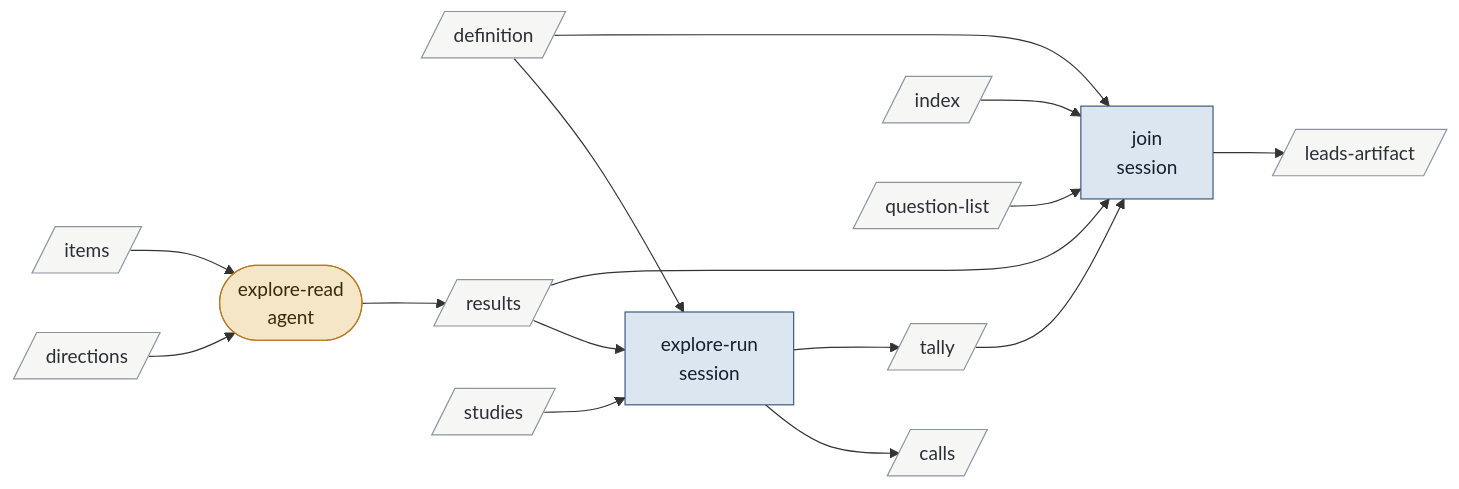
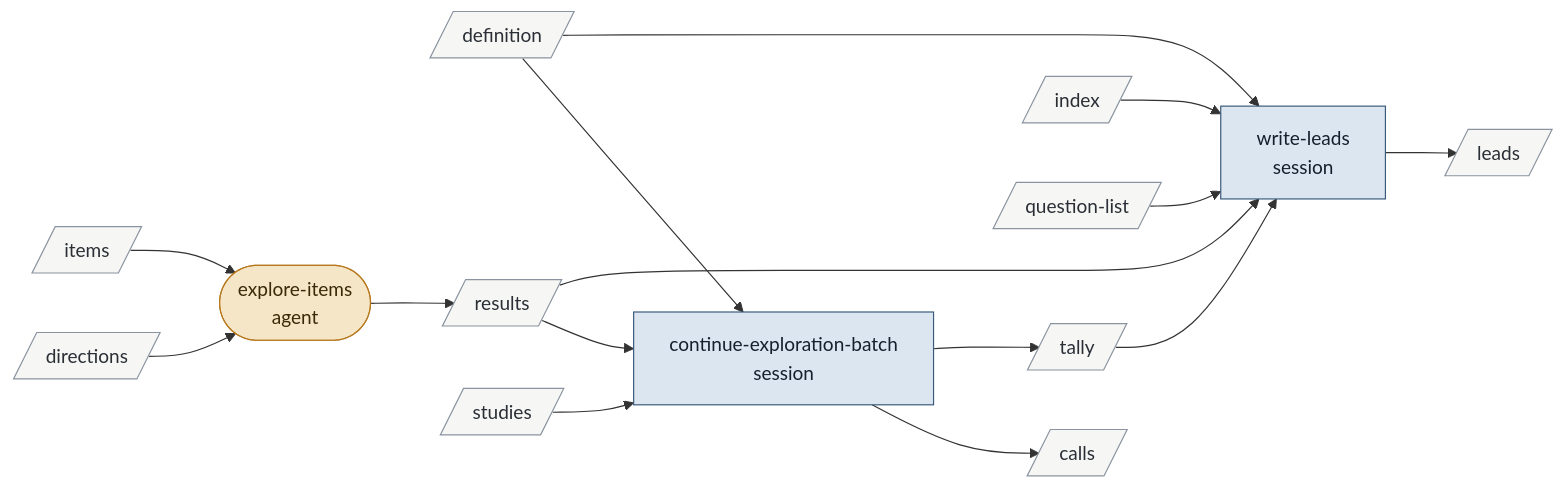
One commit to bc414/StoryPlanner changed diagram 11 of 15 in .claude/skills/v3-buildout-2/map.md. Above: the diagram before and after it, drawn with Mermaid. The commit also changed other lines of this file and 40 other files, not shown here.

````diff
--- a/.claude/skills/v3-buildout-2/map.md
+++ b/.claude/skills/v3-buildout-2/map.md
@@ -439,37 +454,37 @@
 ```mermaid
 flowchart LR
   classDef hitl fill:#e9d8e4,stroke:#7a3e6d,color:#2b1a27
   classDef session fill:#dce6f0,stroke:#3b5b7c,color:#14202c
   classDef agent fill:#f5e6c8,stroke:#b7791f,color:#3a2a08
   classDef artifact fill:#f6f6f4,stroke:#8a94a0,color:#2a2f36
   classDef activity fill:#dcebdd,stroke:#4b7f52,color:#122816
   classDef terminus fill:#e4e4ea,stroke:#5b5b7a,color:#1c1c2c
-  explorerun["explore-run<br/>session"]:::session
-  exploreread(["explore-read<br/>agent"]):::agent
-  join["join<br/>session"]:::session
+  continueexplorationbatch["continue-exploration-batch<br/>session"]:::session
+  exploreitems(["explore-items<br/>agent"]):::agent
+  writeleads["write-leads<br/>session"]:::session
   calls[/"calls"/]:::artifact
   definition[/"definition"/]:::artifact
   directions[/"directions"/]:::artifact
   index[/"index"/]:::artifact
   items[/"items"/]:::artifact
-  leadsartifact[/"leads-artifact"/]:::artifact
+  leads[/"leads"/]:::artifact
   questionlist[/"question-list"/]:::artifact
   results[/"results"/]:::artifact
   studies[/"studies"/]:::artifact
   tally[/"tally"/]:::artifact
 
-  studies --> explorerun
-  definition --> explorerun
-  results --> explorerun
-  explorerun --> calls
-  explorerun --> tally
-  directions --> exploreread
-  items --> exploreread
-  exploreread --> results
-  definition --> join
-  index --> join
-  results --> join
-  tally --> join
-  questionlist --> join
-  join --> leadsartifact
+  studies --> continueexplorationbatch
+  definition --> continueexplorationbatch
+  results --> continueexplorationbatch
+  continueexplorationbatch --> calls
+  continueexplorationbatch --> tally
+  directions --> exploreitems
+  items --> exploreitems
+  exploreitems --> results
+  definition --> writeleads
+  index --> writeleads
+  results --> writeleads
+  tally --> writeleads
+  questionlist --> writeleads
+  writeleads --> leads
 ```
````
